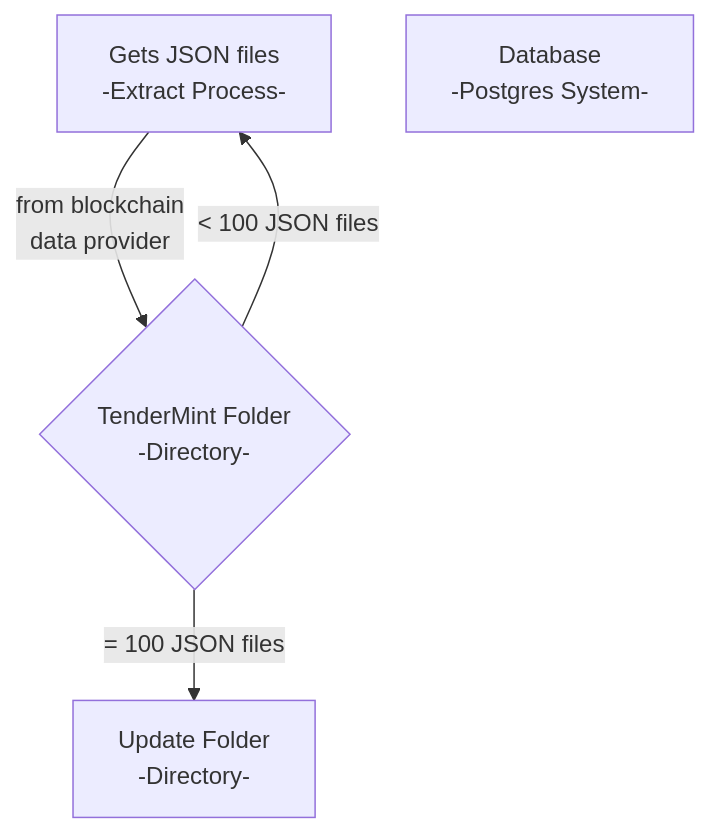
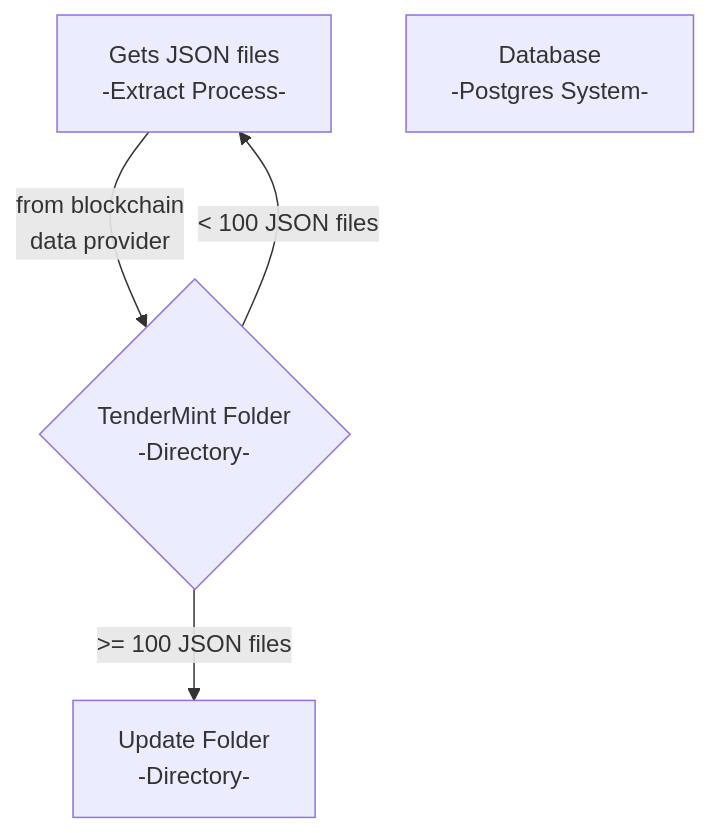
Before and after one commit to patmcfarland/one: the diagram in README.md, drawn with Mermaid.

````diff
--- a/README.md
+++ b/README.md
@@ -1,9 +1,9 @@
 ```mermaid
 flowchart TD
 A[Gets JSON files<br>-Extract Process-]
 A -- from blockchain<br>data provider --> B
 B{TenderMint Folder<br>-Directory-}
-B -- = 100 JSON files --> C[Update Folder<br>-Directory-]
+B -- >= 100 JSON files --> C[Update Folder<br>-Directory-]
 B -- < 100 JSON files --> A
 D[Database<br>-Postgres System-]
 ```
````
